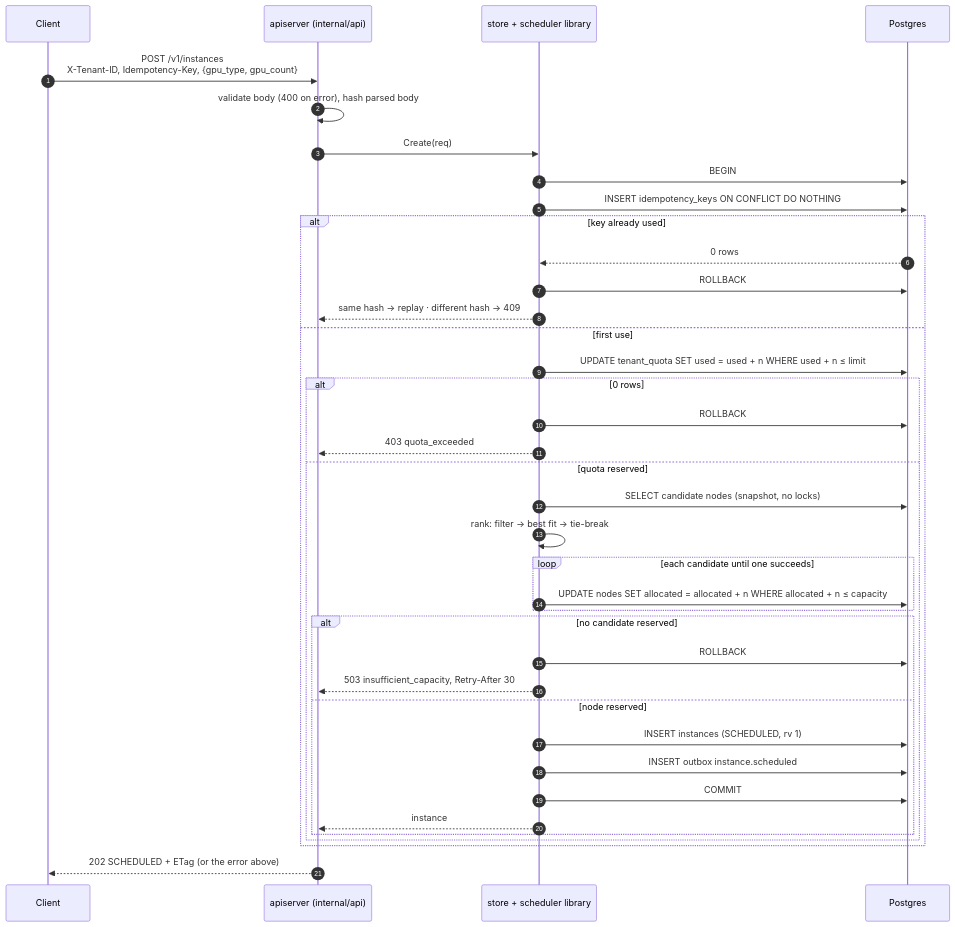
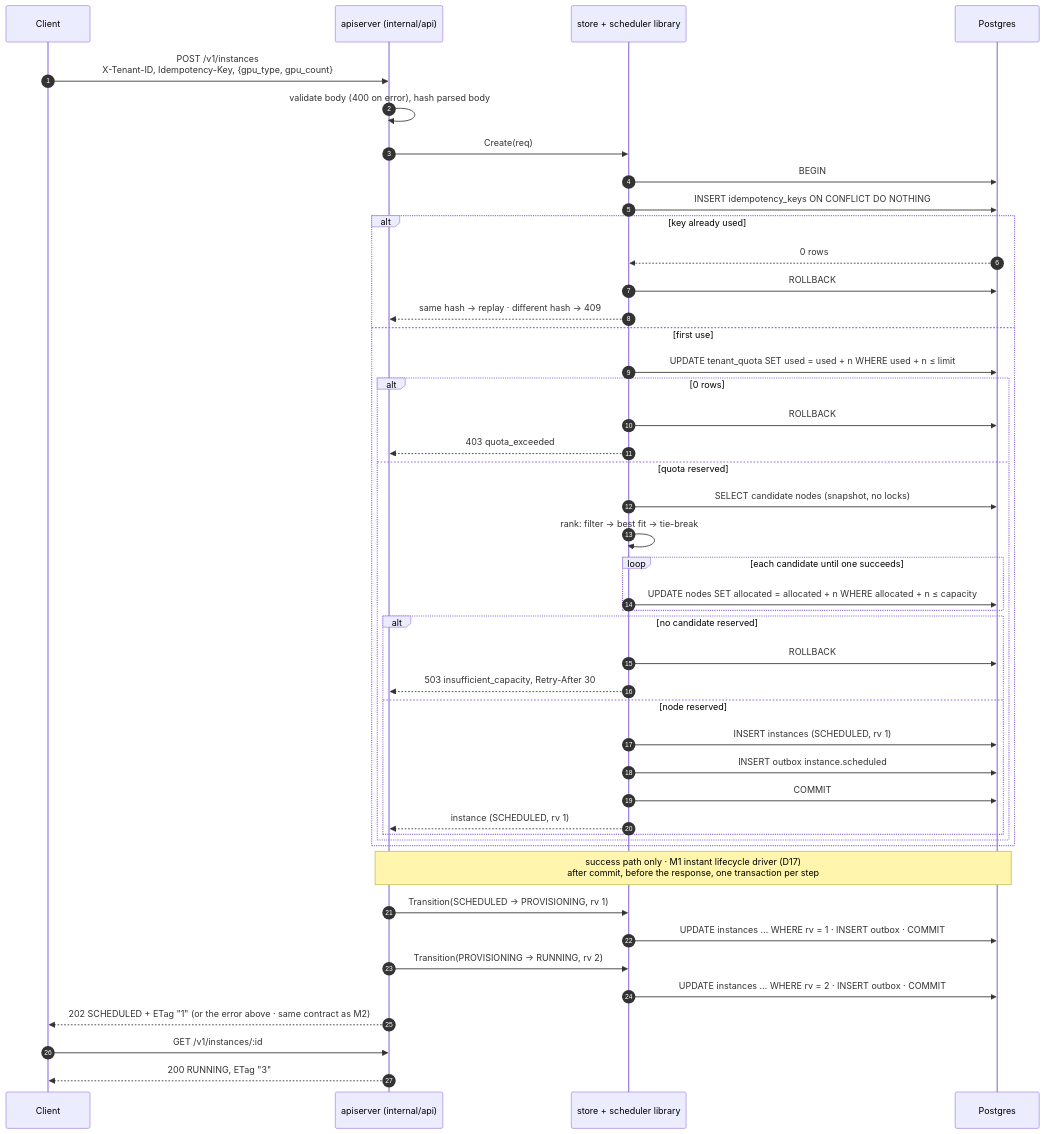
Before and after one commit to dipen1510/gpu-control-plane: the third of 5 diagrams in docs/architecture.md, drawn with Mermaid. The commit also changed other lines of this file and 4 other files, not shown here.

First line of the commit message:
A-3: M1 instant lifecycle driver (D17), ADR-0001 amendment 1, S1-14, updated diagrams

````diff
--- a/docs/architecture.md
+++ b/docs/architecture.md
@@ -150,41 +157,48 @@
 ```mermaid
 sequenceDiagram
     autonumber
     participant C as Client
     participant A as apiserver (internal/api)
     participant S as store + scheduler library
     participant P as Postgres
 
     C->>A: POST /v1/instances<br/>X-Tenant-ID, Idempotency-Key, {gpu_type, gpu_count}
     A->>A: validate body (400 on error), hash parsed body
     A->>S: Create(req)
     S->>P: BEGIN
     S->>P: INSERT idempotency_keys ON CONFLICT DO NOTHING
     alt key already used
         P-->>S: 0 rows
         S->>P: ROLLBACK
         S-->>A: same hash → replay · different hash → 409
     else first use
         S->>P: UPDATE tenant_quota SET used = used + n WHERE used + n ≤ limit
         alt 0 rows
             S->>P: ROLLBACK
             S-->>A: 403 quota_exceeded
         else quota reserved
             S->>P: SELECT candidate nodes (snapshot, no locks)
             S->>S: rank: filter → best fit → tie-break
             loop each candidate until one succeeds
                 S->>P: UPDATE nodes SET allocated = allocated + n WHERE allocated + n ≤ capacity
             end
             alt no candidate reserved
                 S->>P: ROLLBACK
                 S-->>A: 503 insufficient_capacity, Retry-After 30
             else node reserved
                 S->>P: INSERT instances (SCHEDULED, rv 1)
                 S->>P: INSERT outbox instance.scheduled
                 S->>P: COMMIT
-                S-->>A: instance
+                S-->>A: instance (SCHEDULED, rv 1)
             end
         end
     end
-    A-->>C: 202 SCHEDULED + ETag (or the error above)
+    Note over A,P: success path only · M1 instant lifecycle driver (D17)<br/>after commit, before the response, one transaction per step
+    A->>S: Transition(SCHEDULED → PROVISIONING, rv 1)
+    S->>P: UPDATE instances … WHERE rv = 1 · INSERT outbox · COMMIT
+    A->>S: Transition(PROVISIONING → RUNNING, rv 2)
+    S->>P: UPDATE instances … WHERE rv = 2 · INSERT outbox · COMMIT
+    A-->>C: 202 SCHEDULED + ETag "1" (or the error above · same contract as M2)
+    C->>A: GET /v1/instances/:id
+    A-->>C: 200 RUNNING, ETag "3"
 ```
````
